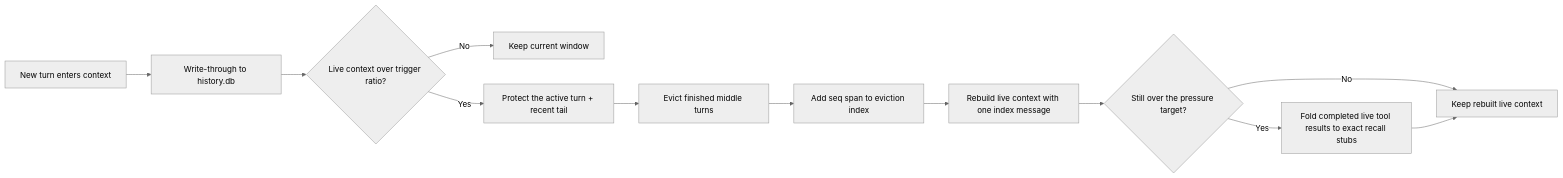
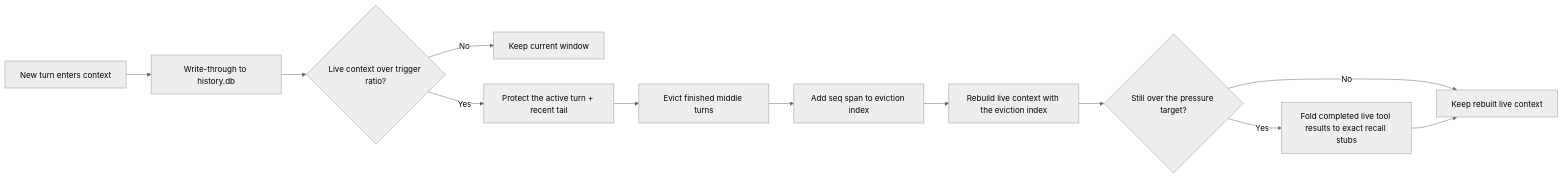
The diagram in website/public/docs/context.en.md (agentscope-ai/QwenPaw), drawn with Mermaid (neutral theme) before and after one commit. The commit also changed other lines of this file and 11 other files, not shown here.

````diff
--- a/website/public/docs/context.en.md
+++ b/website/public/docs/context.en.md
@@ -25,14 +25,14 @@
 ```mermaid
 flowchart LR
     A[New turn enters context] --> B[Write-through to history.db]
     B --> C{Live context over trigger ratio?}
     C -->|No| D[Keep current window]
     C -->|Yes| E[Protect the active turn + recent tail]
     E --> F[Evict finished middle turns]
     F --> G[Add seq span to eviction index]
-    G --> H[Rebuild live context with one index message]
+    G --> H[Rebuild live context with the eviction index]
     H --> I{Still over the pressure target?}
     I -->|Yes| J[Fold completed live tool results to exact recall stubs]
     I -->|No| K[Keep rebuilt live context]
     J --> K
 ```
````
